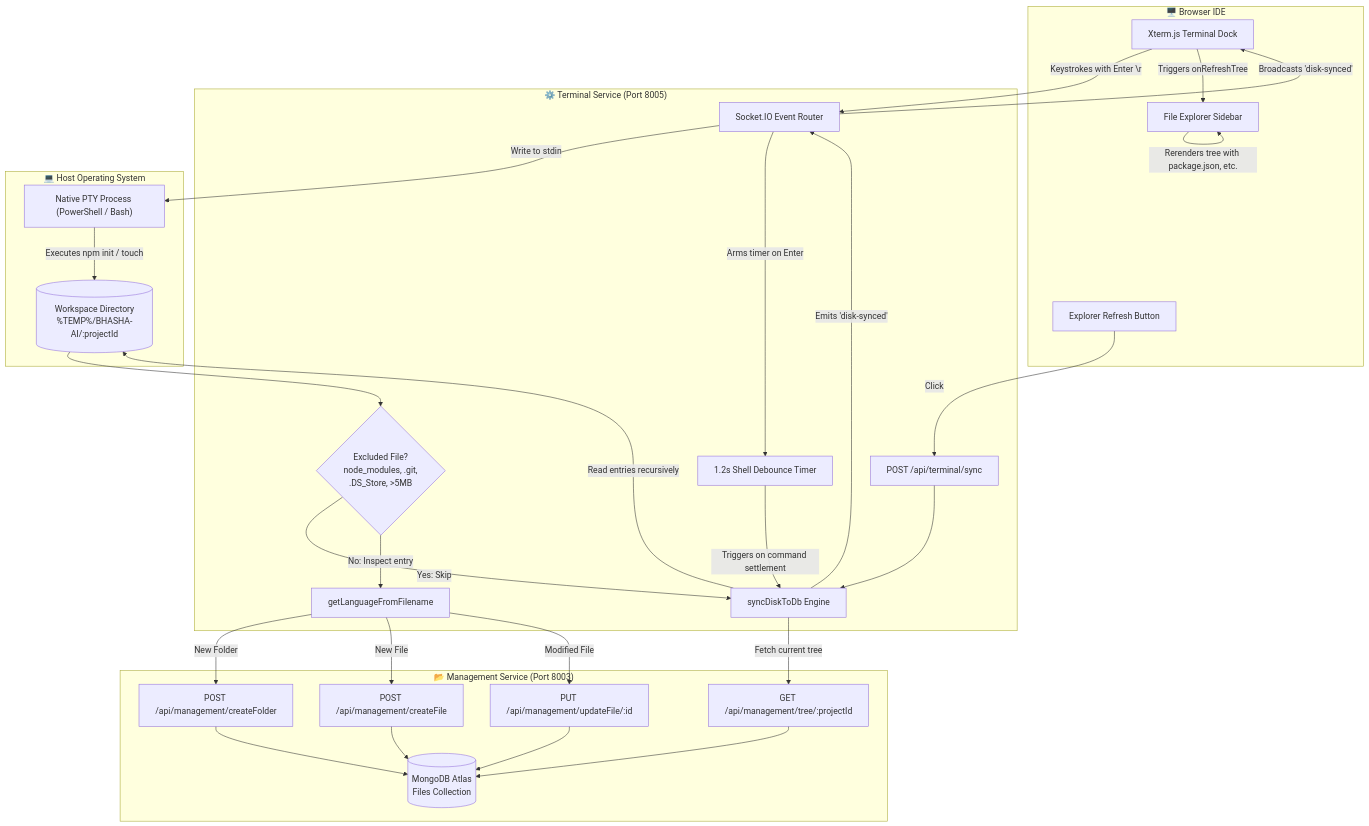
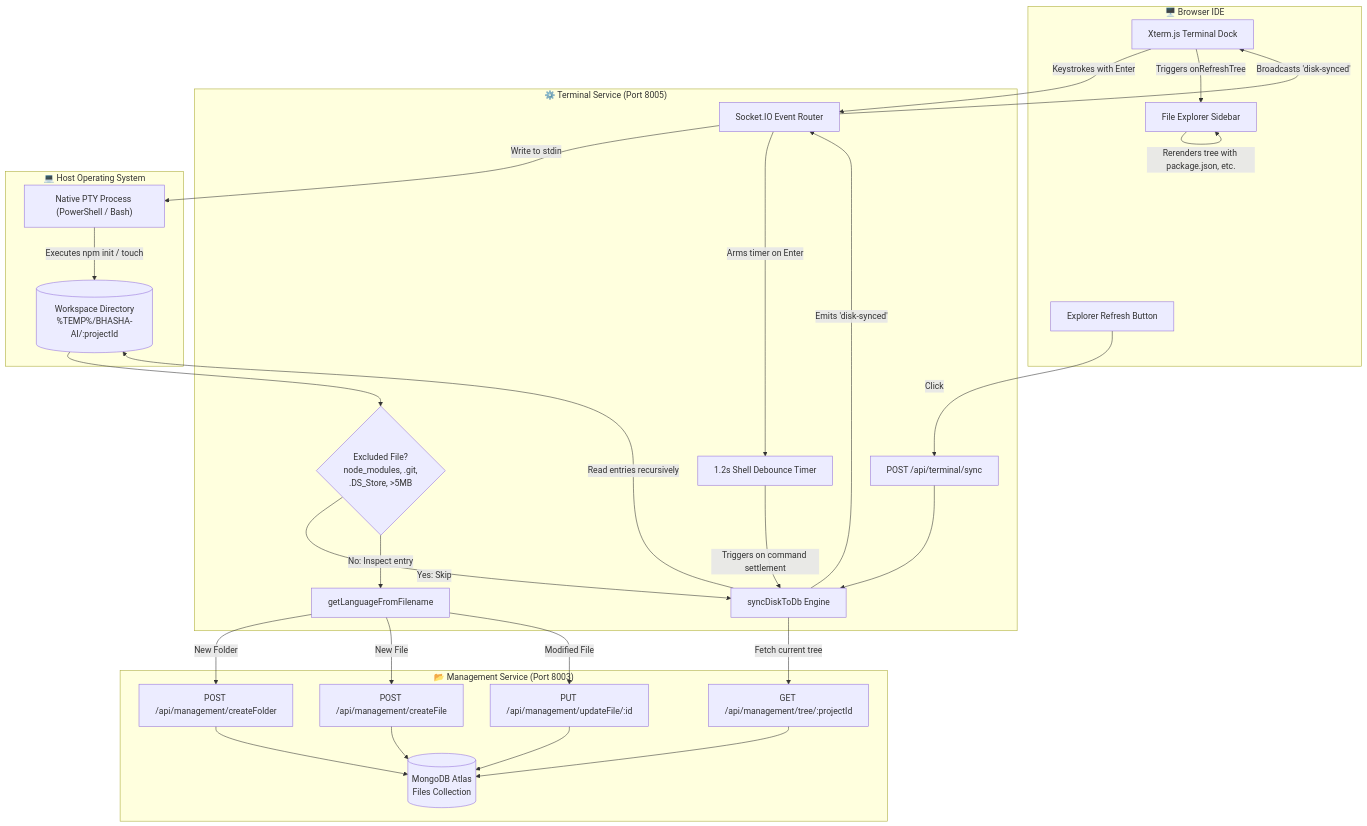
Before and after one commit to KRISHNA-0425/BHASHA: the tenth of 16 diagrams in README.md, drawn with Mermaid. The commit also changed other lines of this file, not shown here.

Commit message:
fix(docs): resolve Mermaid flowchart edge syntax errors across all diagrams

````diff
--- a/README.md
+++ b/README.md
@@ -709,59 +709,59 @@
 ```mermaid
 flowchart TD
     subgraph Client["🖥️ Browser IDE"]
         TERM_UI["Xterm.js Terminal Dock"]
         EXPLORER["File Explorer Sidebar"]
         REFRESH_BTN["Explorer Refresh Button"]
     end
 
     subgraph TerminalSvc["⚙️ Terminal Service (Port 8005)"]
         SOCK_HANDLER["Socket.IO Event Router"]
         DEBOUNCE["1.2s Shell Debounce Timer"]
         SYNC_ENGINE["syncDiskToDb Engine"]
         FILTER{"Excluded File?<br/>node_modules, .git,<br/>.DS_Store, >5MB"}
         LANG_DET["getLanguageFromFilename"]
         HTTP_ENDPOINT["POST /api/terminal/sync"]
     end
 
     subgraph HostOS["💻 Host Operating System"]
         PTY_PROC["Native PTY Process (PowerShell / Bash)"]
         DISK_FILES[("Workspace Directory<br/>%TEMP%/BHASHA-AI/:projectId")]
     end
 
     subgraph MgmtSvc["📂 Management Service (Port 8003)"]
         MGMT_TREE["GET /api/management/tree/:projectId"]
         CREATE_FOLDER["POST /api/management/createFolder"]
         CREATE_FILE["POST /api/management/createFile"]
         UPDATE_FILE["PUT /api/management/updateFile/:id"]
         MONGO_DB[("MongoDB Atlas<br/>Files Collection")]
     end
 
     %% Flow connections
-    TERM_UI -->|Keystrokes with Enter \r| SOCK_HANDLER
+    TERM_UI -->|Keystrokes with Enter| SOCK_HANDLER
     SOCK_HANDLER -->|Write to stdin| PTY_PROC
     PTY_PROC -->|Executes npm init / touch| DISK_FILES
     SOCK_HANDLER -->|Arms timer on Enter| DEBOUNCE
     DEBOUNCE -->|Triggers on command settlement| SYNC_ENGINE
     REFRESH_BTN -->|Click| HTTP_ENDPOINT
     HTTP_ENDPOINT --> SYNC_ENGINE
 
     SYNC_ENGINE -->|Fetch current tree| MGMT_TREE
     MGMT_TREE --> MONGO_DB
     SYNC_ENGINE -->|Read entries recursively| DISK_FILES
     DISK_FILES --> FILTER
     FILTER -->|Yes: Skip| SYNC_ENGINE
     FILTER -->|No: Inspect entry| LANG_DET
 
     LANG_DET -->|New Folder| CREATE_FOLDER
     LANG_DET -->|New File| CREATE_FILE
     LANG_DET -->|Modified File| UPDATE_FILE
 
     CREATE_FOLDER --> MONGO_DB
     CREATE_FILE --> MONGO_DB
     UPDATE_FILE --> MONGO_DB
 
     SYNC_ENGINE -->|Emits 'disk-synced'| SOCK_HANDLER
     SOCK_HANDLER -->|Broadcasts 'disk-synced'| TERM_UI
     TERM_UI -->|Triggers onRefreshTree| EXPLORER
     EXPLORER -->|Rerenders tree with package.json, etc.| EXPLORER
 ```
````
